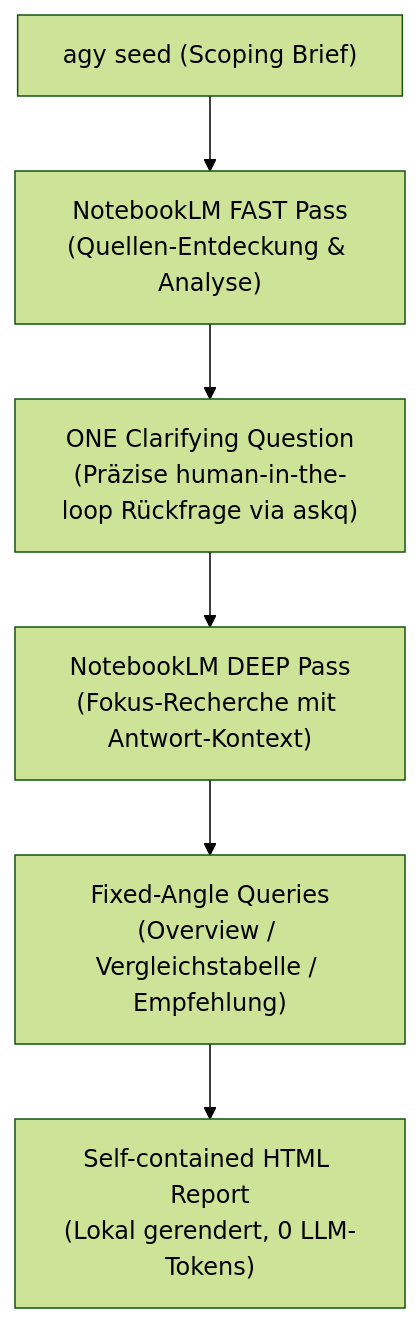
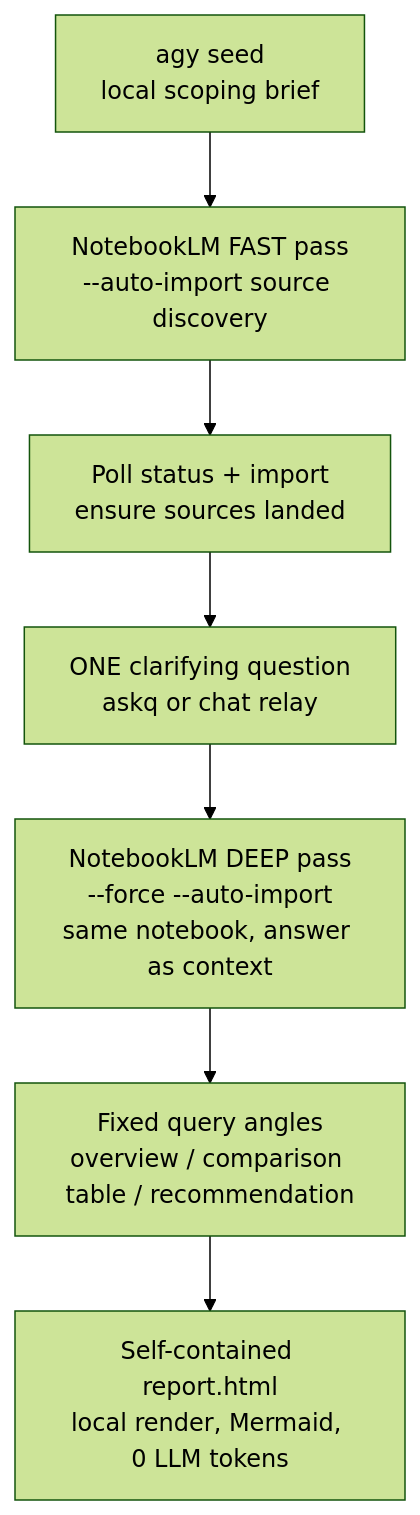
The first of 2 diagrams in README.md (Martin-Hausleitner/interactive-deep-research), drawn with Mermaid (forest theme) before and after one commit. The commit also changed other lines of this file and 17 other files, not shown here.

````diff
--- a/README.md
+++ b/README.md
@@ -9,8 +14,9 @@
 ```mermaid
 flowchart TD
-    A["agy seed (Scoping Brief)"] --> B["NotebookLM FAST Pass<br/>(Quellen-Entdeckung & Analyse)"]
-    B --> C["ONE Clarifying Question<br/>(Präzise human-in-the-loop Rückfrage via askq)"]
-    C --> D["NotebookLM DEEP Pass<br/>(Fokus-Recherche mit Antwort-Kontext)"]
-    D --> E["Fixed-Angle Queries<br/>(Overview / Vergleichstabelle / Empfehlung)"]
-    E --> F["Self-contained HTML Report<br/>(Lokal gerendert, 0 LLM-Tokens)"]
+    A["agy seed<br/>local scoping brief"] --> B["NotebookLM FAST pass<br/>--auto-import source discovery"]
+    B --> C["Poll status + import<br/>ensure sources landed"]
+    C --> D["ONE clarifying question<br/>askq or chat relay"]
+    D --> E["NotebookLM DEEP pass<br/>--force --auto-import<br/>same notebook, answer as context"]
+    E --> F["Fixed query angles<br/>overview / comparison table / recommendation"]
+    F --> G["Self-contained report.html<br/>local render, Mermaid, 0 LLM tokens"]
 ```
````
